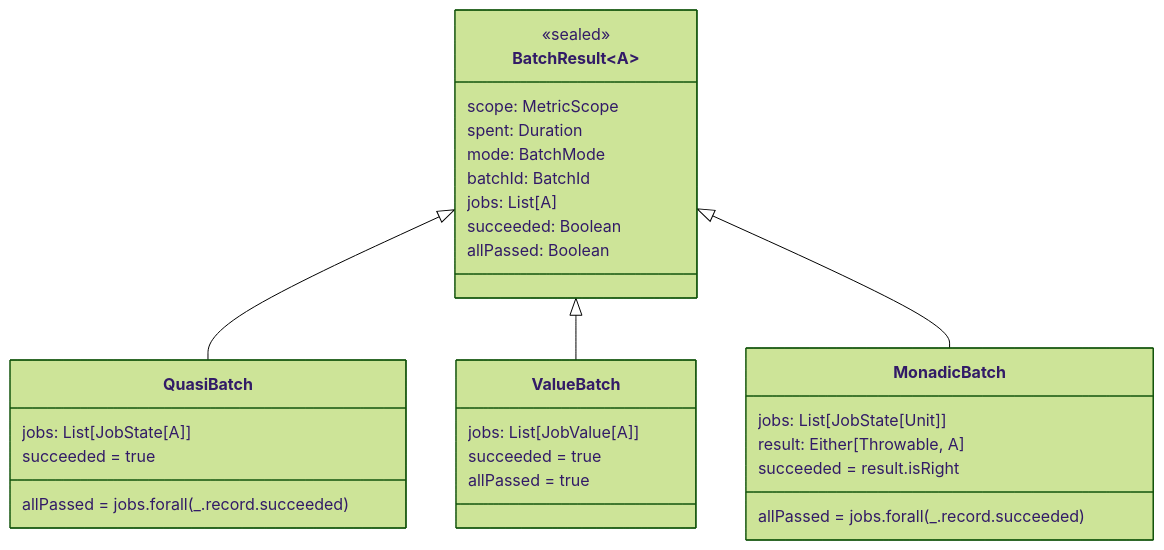
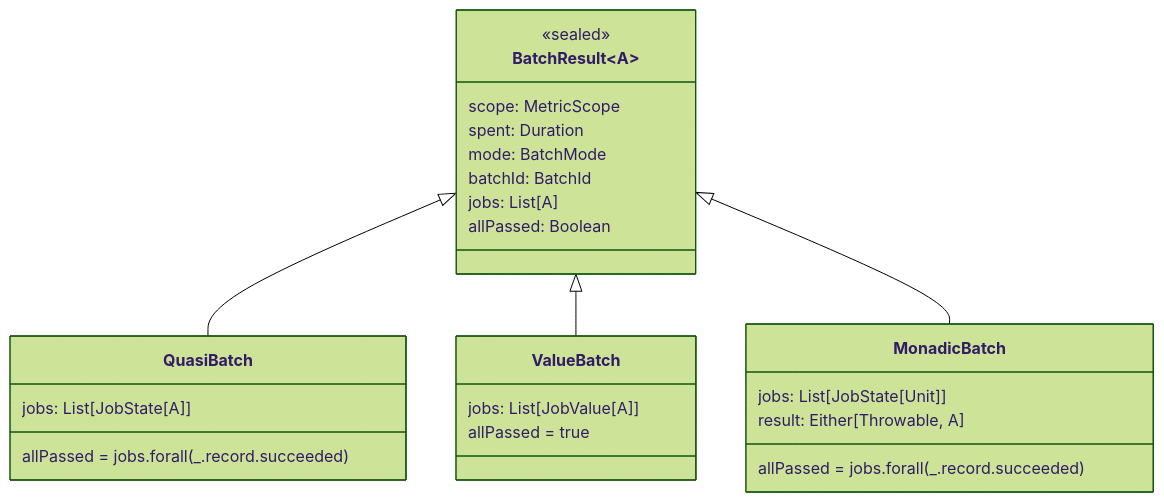
One commit to chenharryhua/nanjin changed the fifth of 7 diagrams in guard/doc/README.md. Above: the diagram before and after it, drawn with Mermaid (forest theme). The commit also changed other lines of this file and 9 other files, not shown here.

First line of the commit message:
batch: restructure report JSON and split BatchResult.succeeded into allPassed

````diff
--- a/guard/doc/README.md
+++ b/guard/doc/README.md
@@ -130,33 +130,29 @@
 ```mermaid
 classDiagram
     class BatchResult~A~ {
         <<sealed>>
         scope: MetricScope
         spent: Duration
         mode: BatchMode
         batchId: BatchId
         jobs: List[A]
-        succeeded: Boolean
         allPassed: Boolean
     }
     BatchResult <|-- QuasiBatch
     BatchResult <|-- ValueBatch
     BatchResult <|-- MonadicBatch
 
     class QuasiBatch~A~ {
         jobs: List[JobState[A]]
-        succeeded = true
         allPassed = jobs.forall(_.record.succeeded)
     }
     class ValueBatch~A~ {
         jobs: List[JobValue[A]]
-        succeeded = true
         allPassed = true
     }
     class MonadicBatch~A~ {
         jobs: List[JobState[Unit]]
         result: Either[Throwable, A]
-        succeeded = result.isRight
         allPassed = jobs.forall(_.record.succeeded)
     }
 ```
````
